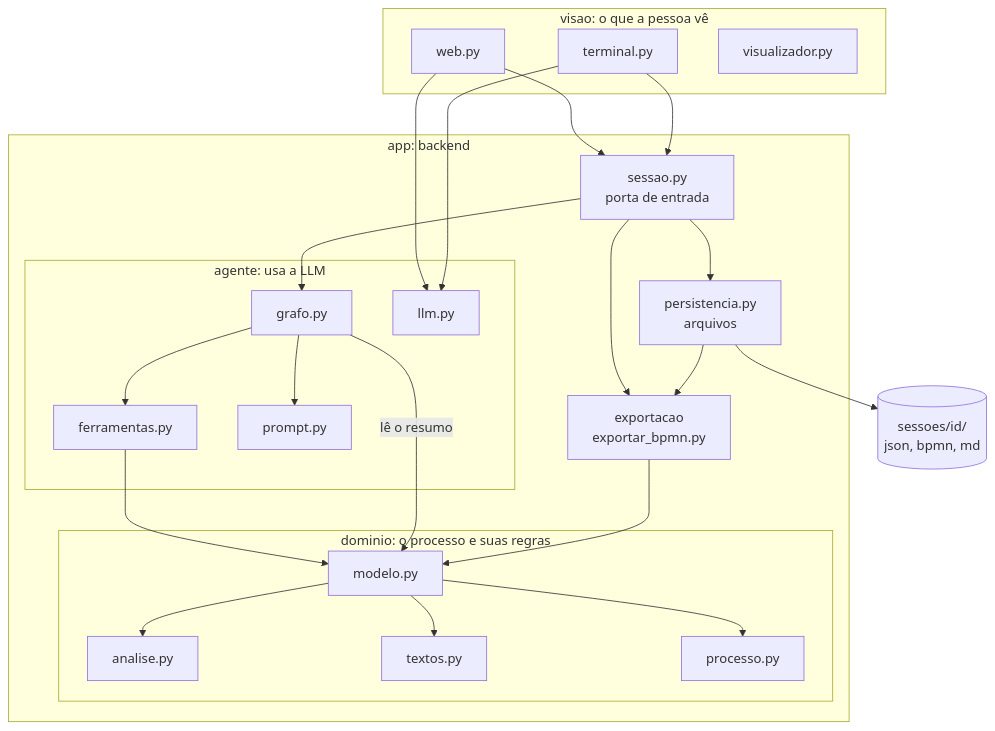
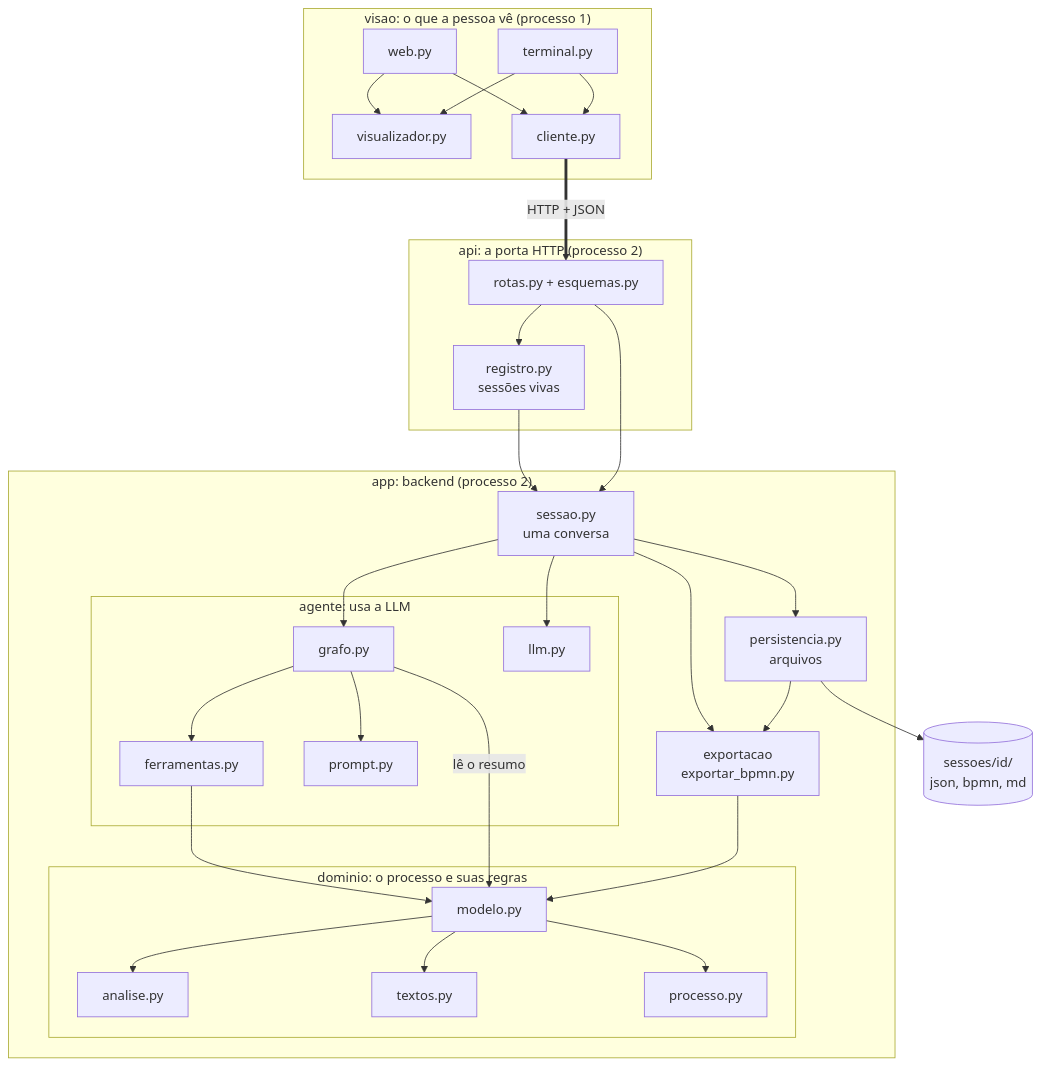
The second of 4 diagrams in docs/README.md (arthurparahyba/bpmn-agent), drawn with Mermaid before and after one commit. The commit also changed other lines of this file and 13 other files, not shown here.

First line of the commit message:
Documenta a API HTTP e a separação visão/serviço

````diff
--- a/docs/README.md
+++ b/docs/README.md
@@ -69,46 +78,57 @@
 ```mermaid
 flowchart TB
-    subgraph visao["visao: o que a pessoa vê"]
+    subgraph visao["visao: o que a pessoa vê (processo 1)"]
         WEB["web.py"]
         TER["terminal.py"]
         VIS["visualizador.py"]
+        CLI["cliente.py"]
     end
 
-    subgraph app["app: backend"]
-        SES["sessao.py<br/>porta de entrada"]
+    subgraph api["api: a porta HTTP (processo 2)"]
+        ROT["rotas.py + esquemas.py"]
+        REG["registro.py<br/>sessões vivas"]
+    end
+
+    subgraph app["app: backend (processo 2)"]
+        SES["sessao.py<br/>uma conversa"]
         PER["persistencia.py<br/>arquivos"]
         subgraph agente["agente: usa a LLM"]
             GRA["grafo.py"]
             FER["ferramentas.py"]
             PRO["prompt.py"]
             LLM["llm.py"]
         end
         EXP["exportacao<br/>exportar_bpmn.py"]
         subgraph dominio["dominio: o processo e suas regras"]
             MOD["modelo.py"]
             ANA["analise.py"]
             TEX["textos.py"]
             DAD["processo.py"]
         end
     end
 
     DISCO[("sessoes/id/<br/>json, bpmn, md")]
 
-    WEB --> SES
-    TER --> SES
-    WEB --> LLM
-    TER --> LLM
+    WEB --> CLI
+    TER --> CLI
+    WEB --> VIS
+    TER --> VIS
+    CLI == "HTTP + JSON" ==> ROT
+    ROT --> REG
+    REG --> SES
+    ROT --> SES
+    SES --> LLM
     SES --> GRA
     SES --> PER
     SES --> EXP
     GRA --> FER
     GRA --> PRO
     FER --> MOD
     GRA -- "lê o resumo" --> MOD
     MOD --> ANA
     MOD --> TEX
     MOD --> DAD
     EXP --> MOD
     PER --> EXP
     PER --> DISCO
 ```
````
